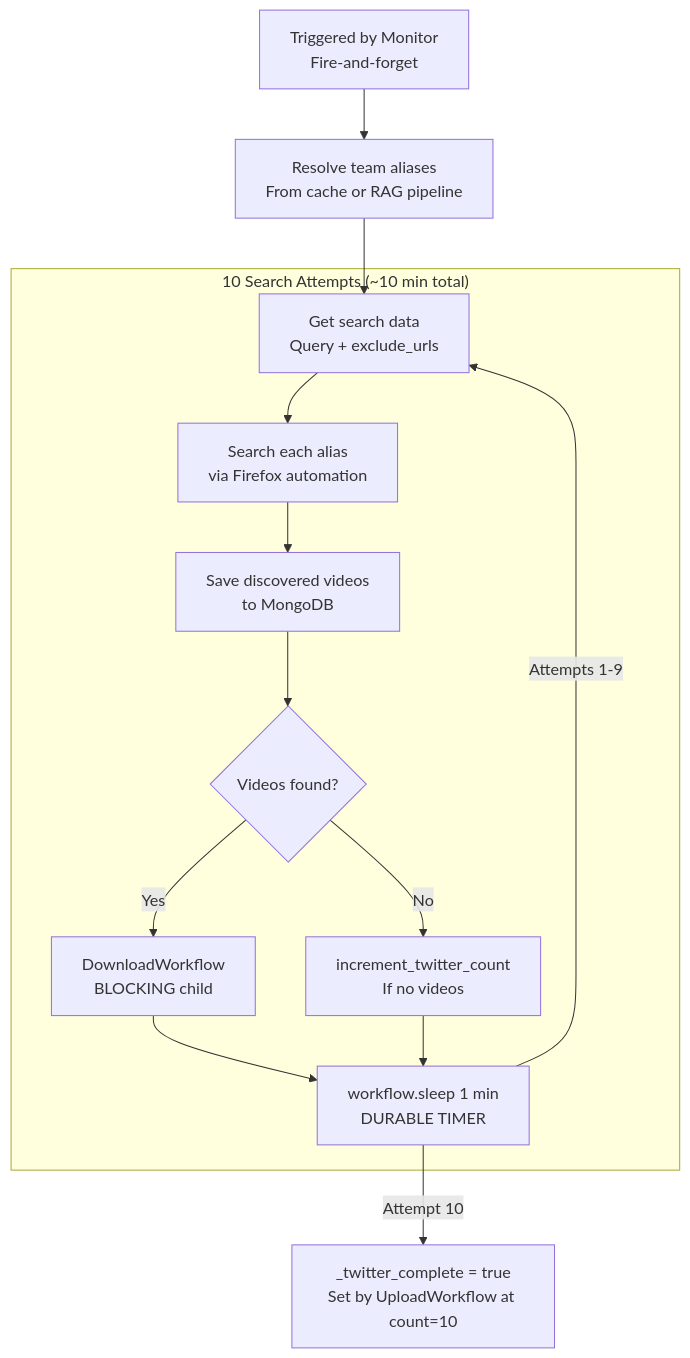
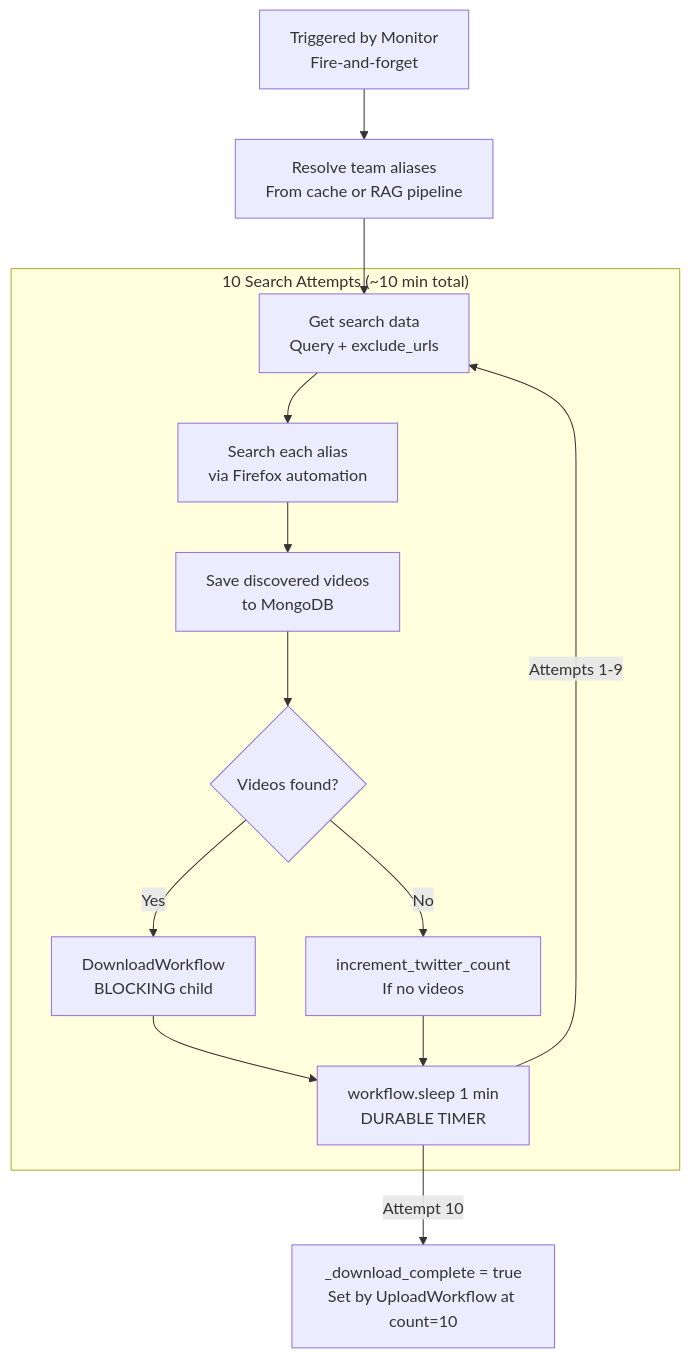
Diagram 13 of 15 in README.md (vedantadhobley/found-footy), drawn with Mermaid before and after one commit. The commit also changed other lines of this file and 16 other files, not shown here.

First line of the commit message:
refactor: rename _twitter_complete to _download_complete

````diff
--- a/README.md
+++ b/README.md
@@ -678,24 +678,24 @@
 ```mermaid
 flowchart TB
     TRIGGER[Triggered by Monitor<br/>Fire-and-forget]
     
     ALIASES[Resolve team aliases<br/>From cache or RAG pipeline]
     
     subgraph LOOP["10 Search Attempts (~10 min total)"]
         GET[Get search data<br/>Query + exclude_urls]
         SEARCH[Search each alias<br/>via Firefox automation]
         SAVE[Save discovered videos<br/>to MongoDB]
         FOUND{Videos found?}
         DOWNLOAD[DownloadWorkflow<br/>BLOCKING child]
         COUNT[increment_twitter_count<br/>If no videos]
         SLEEP[workflow.sleep 1 min<br/>DURABLE TIMER]
     end
     
-    DONE[_twitter_complete = true<br/>Set by UploadWorkflow at count=10]
+    DONE[_download_complete = true<br/>Set by UploadWorkflow at count=10]
     
     TRIGGER --> ALIASES --> GET --> SEARCH --> SAVE --> FOUND
     FOUND -->|Yes| DOWNLOAD --> SLEEP
     FOUND -->|No| COUNT --> SLEEP
     SLEEP -->|Attempts 1-9| GET
     SLEEP -->|Attempt 10| DONE
 ```
````
